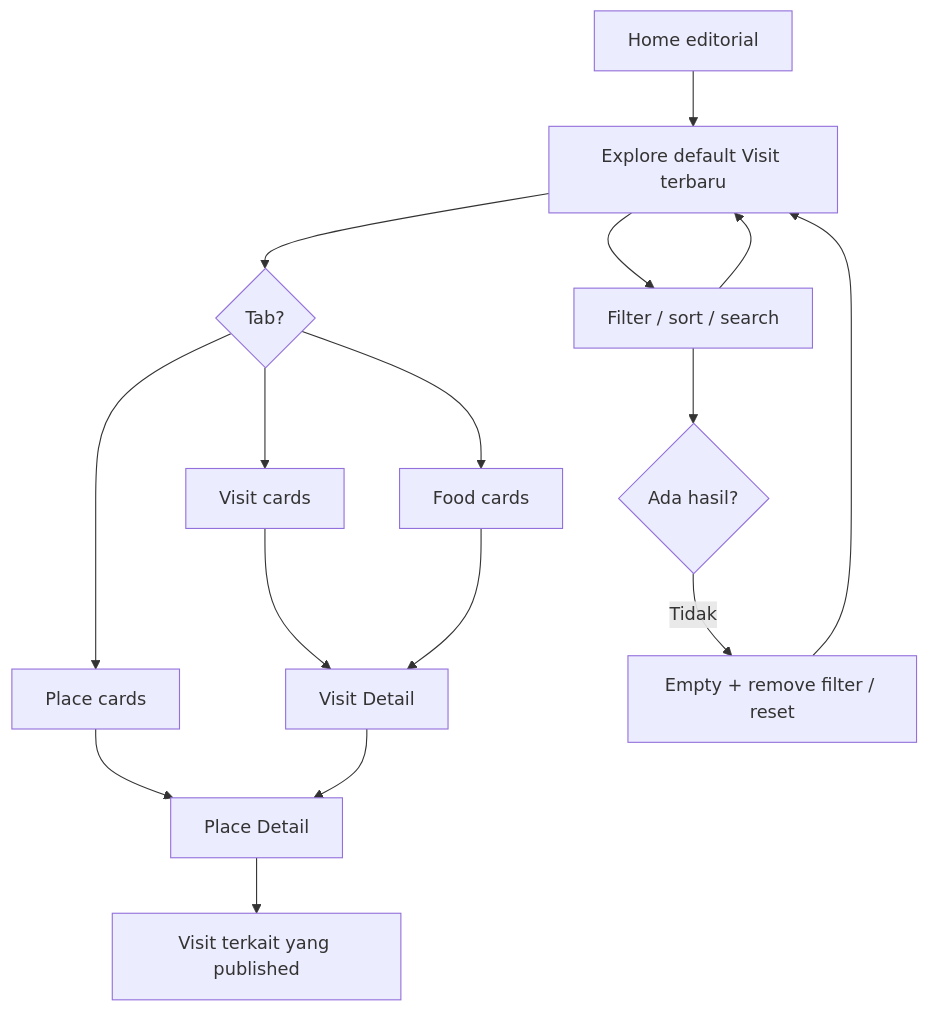
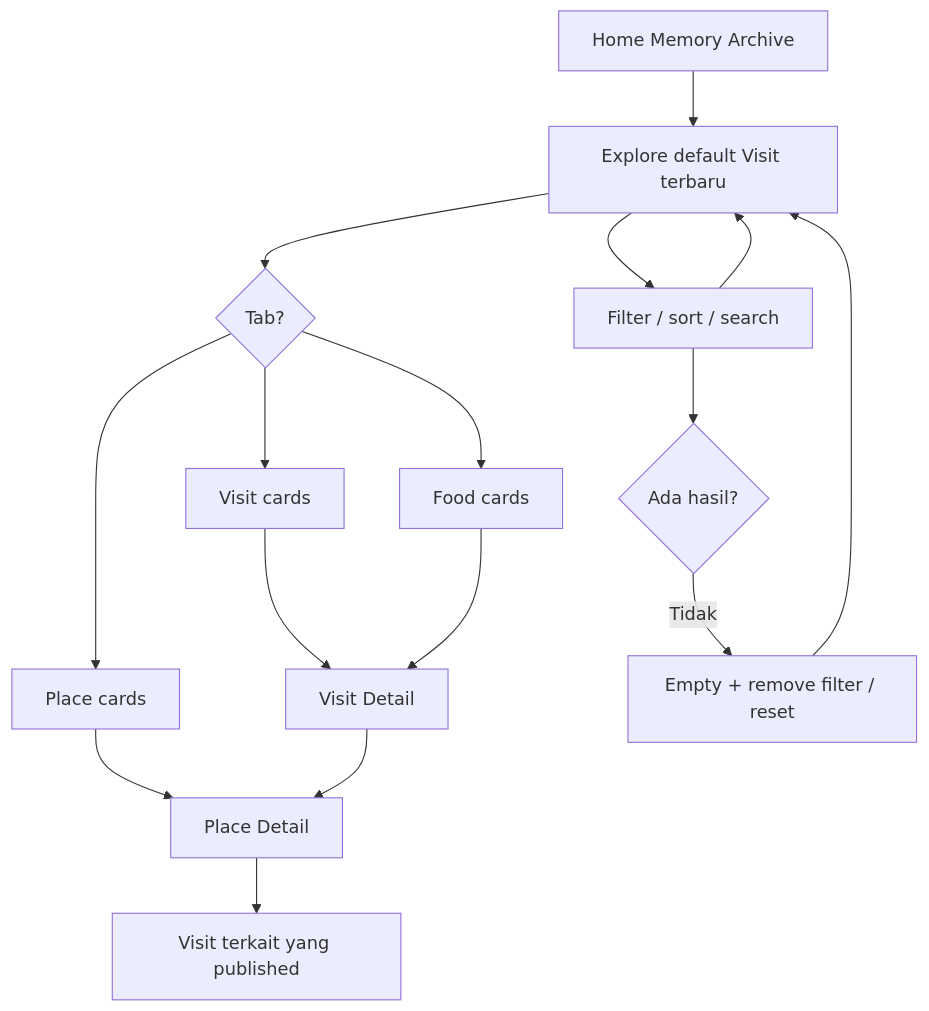
Before and after one commit to ZetsubouCode/FoodieJournal: the first of 3 diagrams in user-flow-wireframe.md, drawn with Mermaid. The commit also changed other lines of this file and 392 other files, not shown here.

````diff
--- a/user-flow-wireframe.md
+++ b/user-flow-wireframe.md
@@ -16,18 +17,18 @@
 ```mermaid
 flowchart TD
-    A[Home editorial] --> B[Explore default Visit terbaru]
+    A[Home Memory Archive] --> B[Explore default Visit terbaru]
     B --> C{Tab?}
     C --> D[Visit cards]
     C --> E[Food cards]
     C --> F[Place cards]
     D --> G[Visit Detail]
     E --> G
     F --> H[Place Detail]
     G --> H
     H --> G2[Visit terkait yang published]
     B --> X[Filter / sort / search]
     X --> B
     X --> Y{Ada hasil?}
     Y -->|Tidak| Z[Empty + remove filter / reset]
     Z --> B
 ```
````
